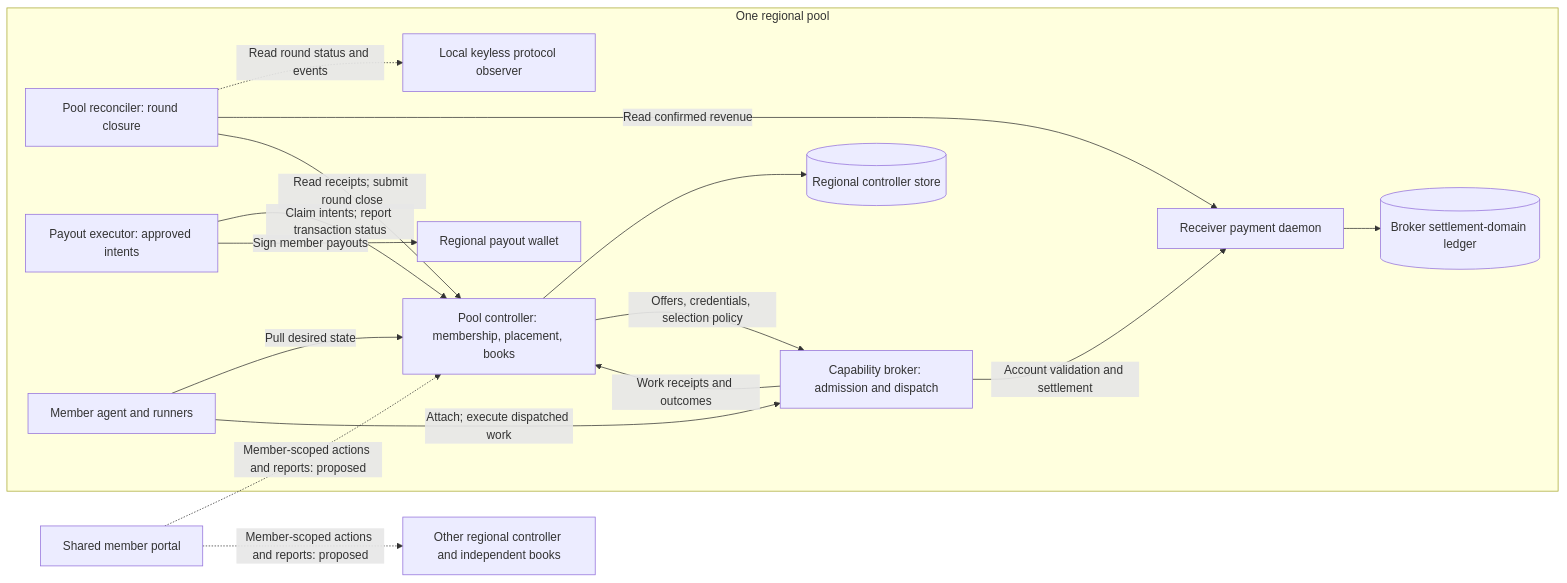
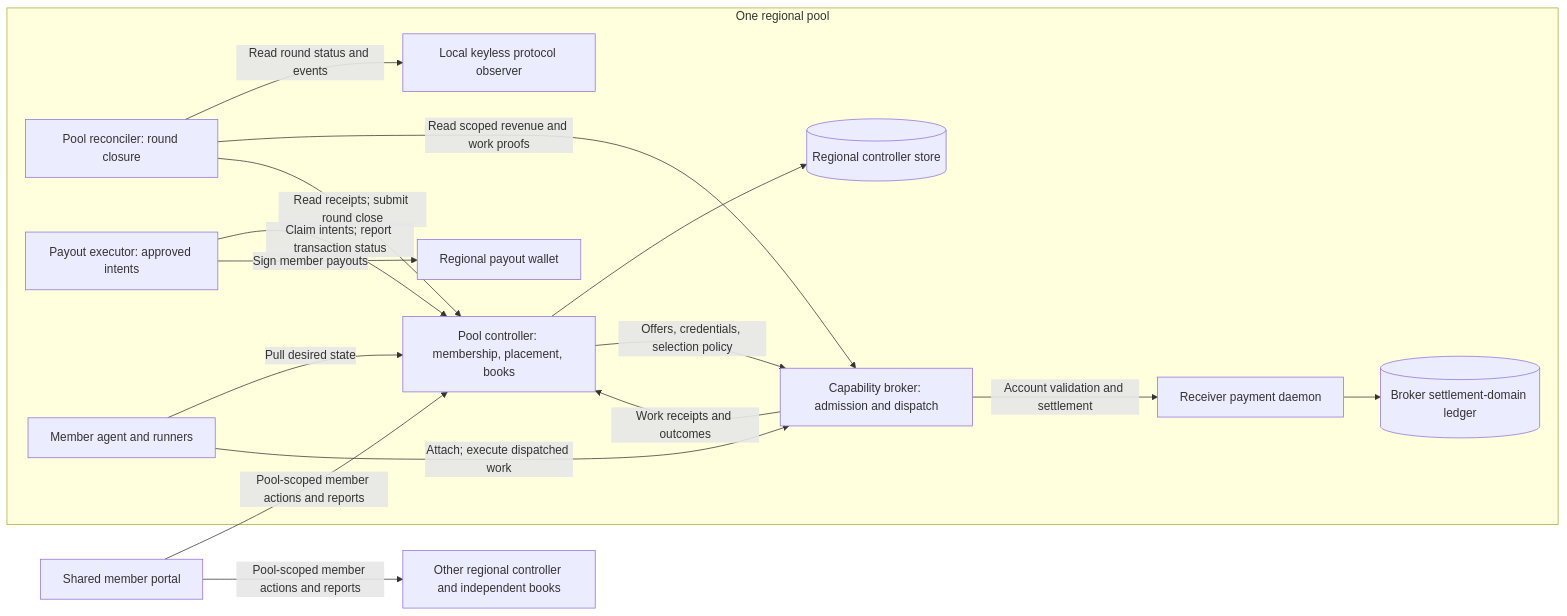
The second of 6 diagrams in docs/design-docs/regional-pools.md (Cloud-SPE/livepeer-network-modules), drawn with Mermaid before and after one commit. The commit also changed other lines of this file and 407 other files, not shown here.

````diff
--- a/docs/design-docs/regional-pools.md
+++ b/docs/design-docs/regional-pools.md
@@ -237,31 +235,31 @@
 ```mermaid
 flowchart LR
     UI["Shared member portal"]
     Other["Other regional controller and independent books"]
     subgraph Region["One regional pool"]
         C["Pool controller: membership, placement, books"]
         DB[("Regional controller store")]
         B["Capability broker: admission and dispatch"]
         PD["Receiver payment daemon"]
         Ledger[("Broker settlement-domain ledger")]
         R["Pool reconciler: round closure"]
         Observer["Local keyless protocol observer"]
         E["Payout executor: approved intents"]
         Wallet["Regional payout wallet"]
         A["Member agent and runners"]
         C --> DB
         C -->|"Offers, credentials, selection policy"| B
         A -->|"Pull desired state"| C
         A -->|"Attach; execute dispatched work"| B
         B -->|"Account validation and settlement"| PD
         PD --> Ledger
         B -->|"Work receipts and outcomes"| C
-        R -.->|"Read round status and events"| Observer
-        R -->|"Read confirmed revenue"| PD
+        R -->|"Read round status and events"| Observer
+        R -->|"Read scoped revenue and work proofs"| B
         R -->|"Read receipts; submit round close"| C
         E -->|"Claim intents; report transaction status"| C
         E -->|"Sign member payouts"| Wallet
     end
-    UI -.->|"Member-scoped actions and reports: proposed"| C
-    UI -.->|"Member-scoped actions and reports: proposed"| Other
+    UI -->|"Pool-scoped member actions and reports"| C
+    UI -->|"Pool-scoped member actions and reports"| Other
 ```
````
